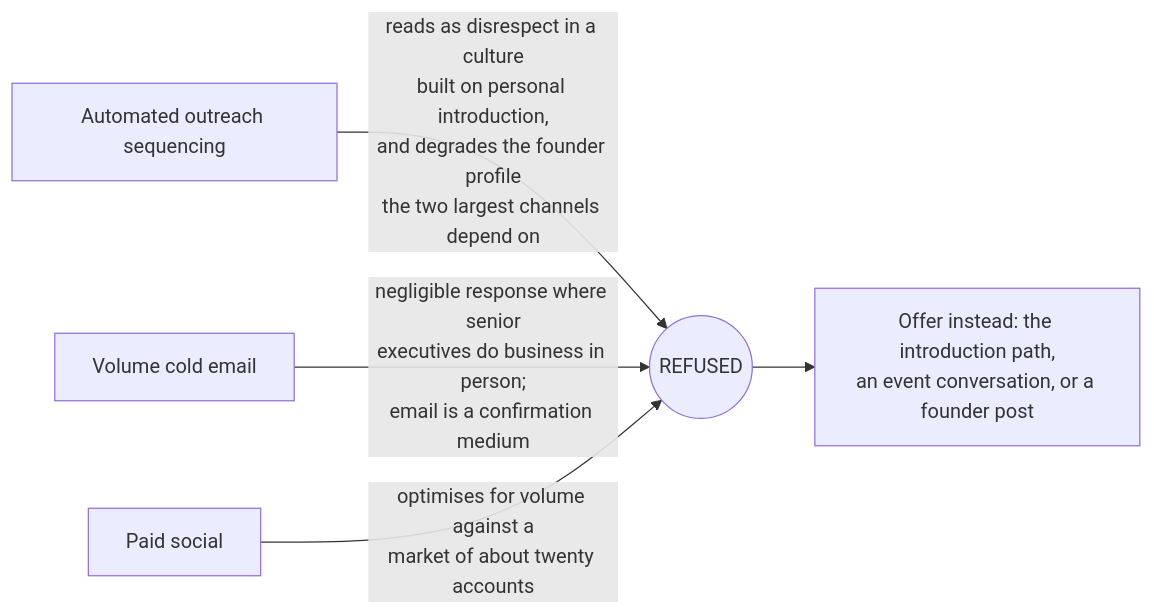
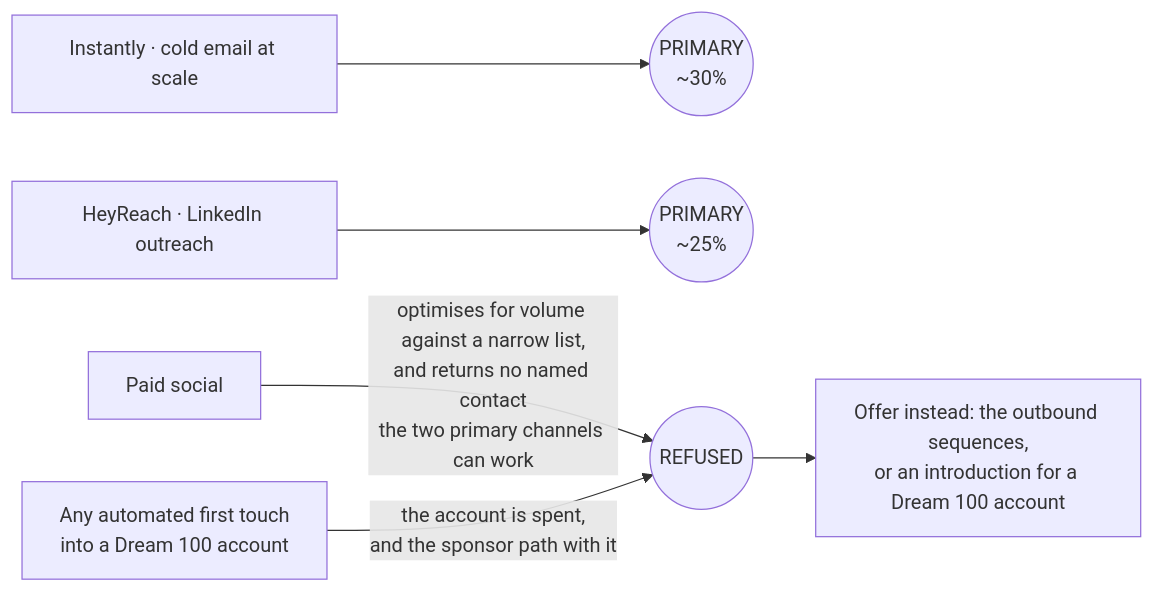
The tenth of 12 diagrams in docs/diagrams.md (saasrelaunch/Wolffish-GTM-Brain), drawn with Mermaid before and after one commit. The commit also changed other lines of this file and 20 other files, not shown here.

First line of the commit message:
Make Instantly and HeyReach the two primary channels

````diff
--- a/docs/diagrams.md
+++ b/docs/diagrams.md
@@ -324,7 +324,8 @@
 ```mermaid
 flowchart LR
-    R1["Automated outreach sequencing"] -->|"reads as disrespect in a culture<br/>built on personal introduction,<br/>and degrades the founder profile<br/>the two largest channels depend on"| X(("REFUSED"))
-    R2["Volume cold email"] -->|"negligible response where senior<br/>executives do business in person;<br/>email is a confirmation medium"| X
-    R3["Paid social"] -->|"optimises for volume against a<br/>market of about twenty accounts"| X
-    X --> ALT["Offer instead: the introduction path,<br/>an event conversation, or a founder post"]
+    P1["Instantly · cold email at scale"] --> IN(("PRIMARY<br/>~30%"))
+    P2["HeyReach · LinkedIn outreach"] --> IN2(("PRIMARY<br/>~25%"))
+    R3["Paid social"] -->|"optimises for volume against a narrow list,<br/>and returns no named contact<br/>the two primary channels can work"| X(("REFUSED"))
+    R4["Any automated first touch<br/>into a Dream 100 account"] -->|"the account is spent,<br/>and the sponsor path with it"| X
+    X --> ALT["Offer instead: the outbound sequences,<br/>or an introduction for a Dream 100 account"]
 ```
````
